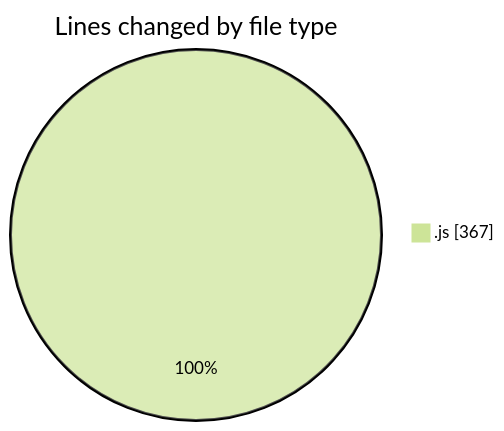
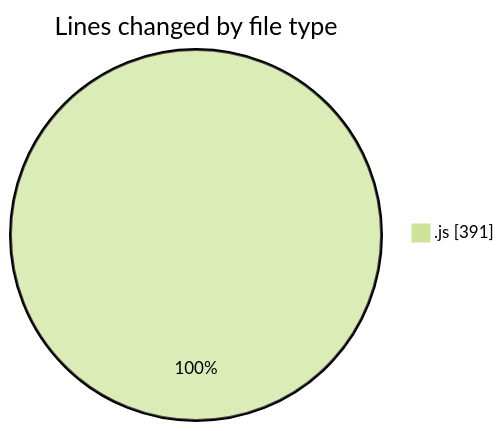
One commit to momahboobian/code-tracking changed the first of 2 diagrams in 2025-02-04/cda/README.md. Above: the diagram before and after it, drawn with Mermaid (forest theme). The commit also changed other lines of this file and 1 other file, not shown here.

````diff
--- a/2025-02-04/cda/README.md
+++ b/2025-02-04/cda/README.md
@@ -20,5 +20,5 @@
 ```mermaid
 pie showData
 title Lines changed by file type
-".js" : 367
+".js" : 391
 ```
````
